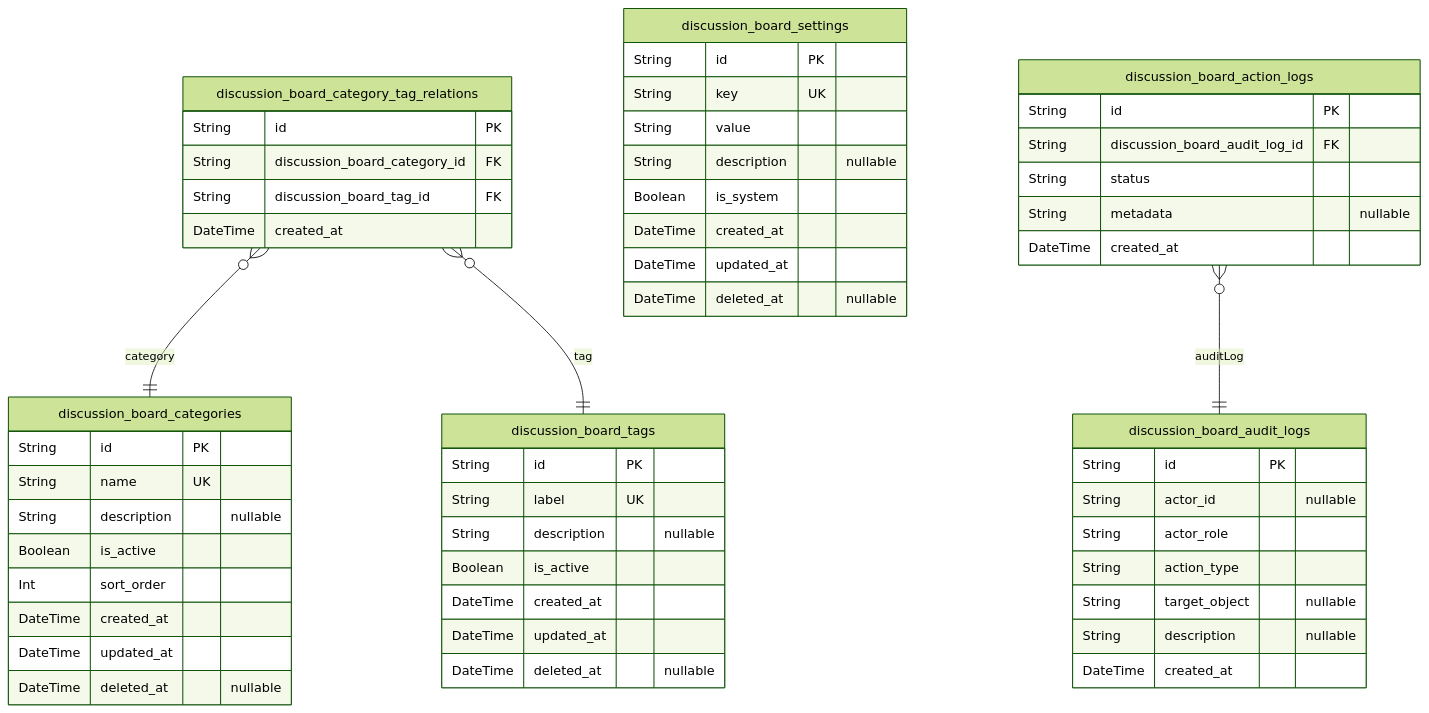
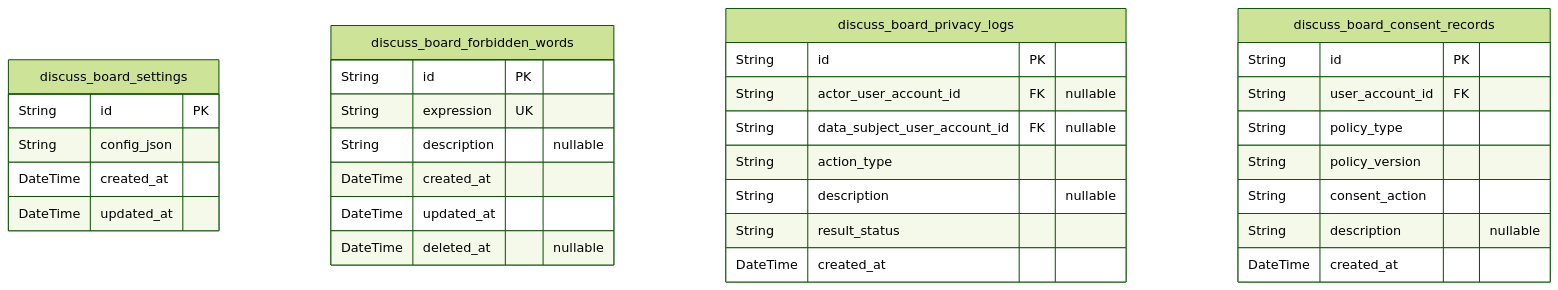
Before and after one commit to wrtnlabs/autobe-example-bbs-openai-gpt-4.1: the first of 8 diagrams in docs/ERD.md, drawn with Mermaid (forest theme). The commit also changed other lines of this file and 1202 other files, not shown here.

````diff
--- a/docs/ERD.md
+++ b/docs/ERD.md
@@ -16,57 +16,35 @@
 ```mermaid
 erDiagram
-"discussion_board_categories" {
+"discuss_board_settings" {
   String id PK
-  String name UK
+  String config_json
+  DateTime created_at
+  DateTime updated_at
+}
+"discuss_board_forbidden_words" {
+  String id PK
+  String expression UK
   String description "nullable"
-  Boolean is_active
-  Int sort_order
   DateTime created_at
   DateTime updated_at
   DateTime deleted_at "nullable"
 }
-"discussion_board_tags" {
+"discuss_board_privacy_logs" {
   String id PK
-  String label UK
+  String actor_user_account_id FK "nullable"
+  String data_subject_user_account_id FK "nullable"
+  String action_type
   String description "nullable"
-  Boolean is_active
-  DateTime created_at
-  DateTime updated_at
-  DateTime deleted_at "nullable"
-}
-"discussion_board_category_tag_relations" {
-  String id PK
-  String discussion_board_category_id FK
-  String discussion_board_tag_id FK
+  String result_status
   DateTime created_at
 }
-"discussion_board_settings" {
+"discuss_board_consent_records" {
   String id PK
-  String key UK
-  String value
-  String description "nullable"
-  Boolean is_system
-  DateTime created_at
-  DateTime updated_at
-  DateTime deleted_at "nullable"
-}
-"discussion_board_audit_logs" {
-  String id PK
-  String actor_id "nullable"
-  String actor_role
-  String action_type
-  String target_object "nullable"
+  String user_account_id FK
+  String policy_type
+  String policy_version
+  String consent_action
   String description "nullable"
   DateTime created_at
 }
-"discussion_board_action_logs" {
-  String id PK
-  String discussion_board_audit_log_id FK
-  String status
-  String metadata "nullable"
-  DateTime created_at
-}
-"discussion_board_category_tag_relations" }o--|| "discussion_board_categories" : category
-"discussion_board_category_tag_relations" }o--|| "discussion_board_tags" : tag
-"discussion_board_action_logs" }o--|| "discussion_board_audit_logs" : auditLog
 ```
````
